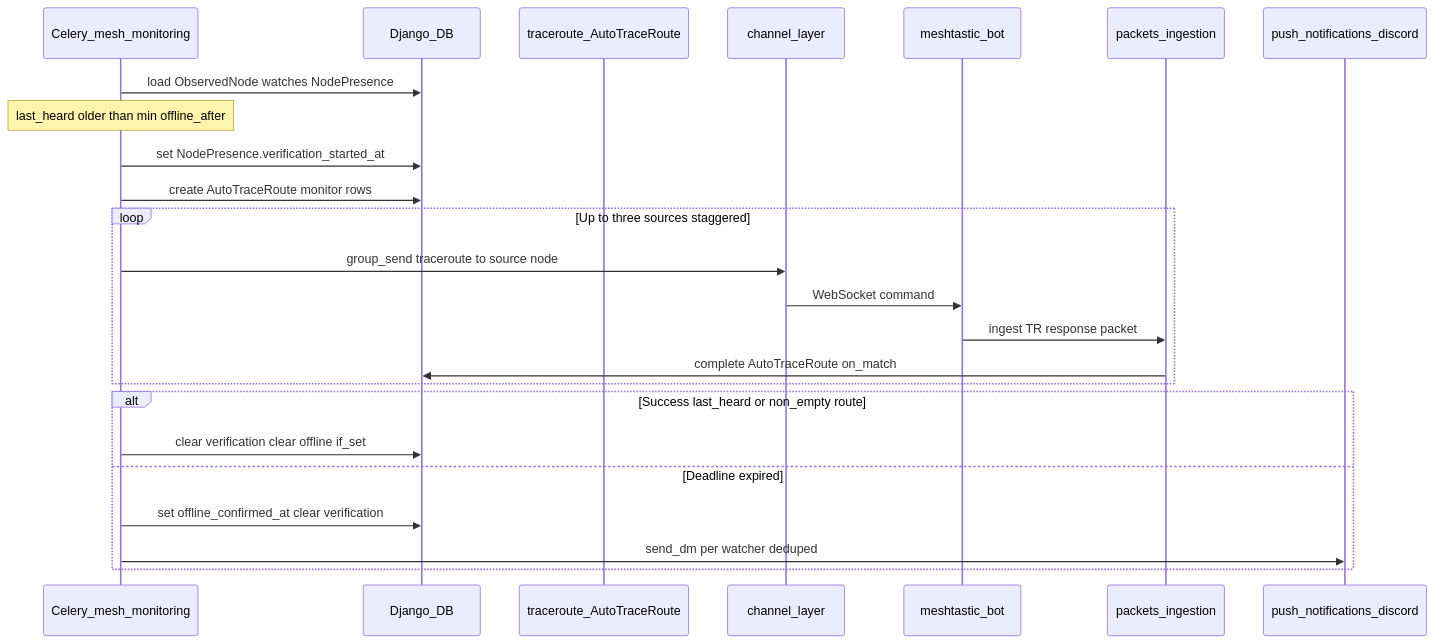
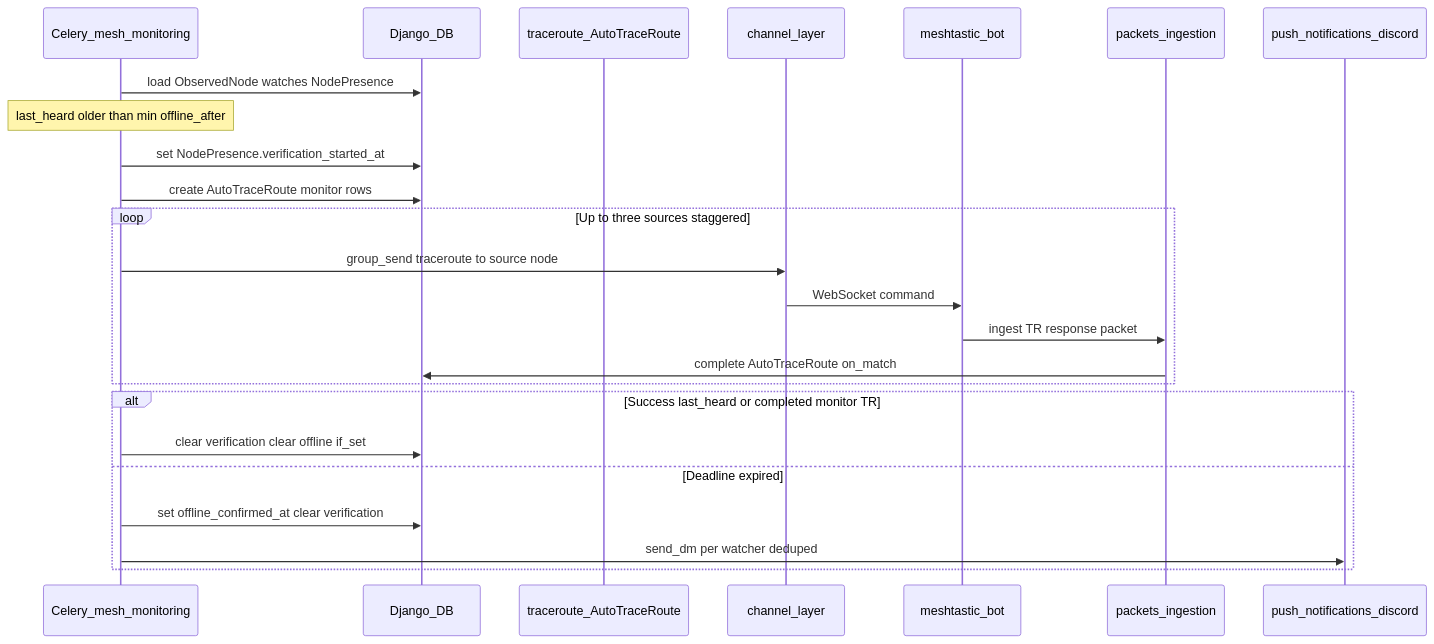
One commit to pskillen/meshflow-api changed the first of 3 diagrams in docs/features/mesh-monitoring/flow.md. Above: the diagram before and after it, drawn with Mermaid. The commit also changed 7 other files, not shown here.

First line of the commit message:
fix(packets): complete traceroute on empty route (direct path)

````diff
--- a/docs/features/mesh-monitoring/flow.md
+++ b/docs/features/mesh-monitoring/flow.md
@@ -23,27 +23,27 @@
 ```mermaid
 sequenceDiagram
   participant Celery as Celery_mesh_monitoring
   participant DB as Django_DB
   participant TR as traceroute_AutoTraceRoute
   participant Chan as channel_layer
   participant Bot as meshtastic_bot
   participant Pkt as packets_ingestion
   participant Disc as push_notifications_discord
 
   Celery->>DB: load ObservedNode watches NodePresence
   Note over Celery: last_heard older than min offline_after
   Celery->>DB: set NodePresence.verification_started_at
   Celery->>DB: create AutoTraceRoute monitor rows
   loop Up to three sources staggered
     Celery->>Chan: group_send traceroute to source node
     Chan->>Bot: WebSocket command
     Bot->>Pkt: ingest TR response packet
     Pkt->>DB: complete AutoTraceRoute on_match
   end
-  alt Success last_heard or non_empty route
+  alt Success last_heard or completed monitor TR
     Celery->>DB: clear verification clear offline if_set
   else Deadline expired
     Celery->>DB: set offline_confirmed_at clear verification
     Celery->>Disc: send_dm per watcher deduped
   end
 ```
````
